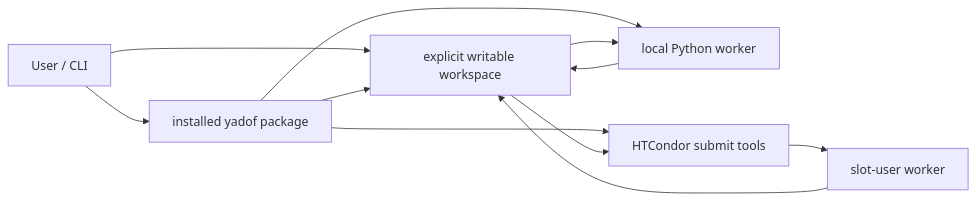
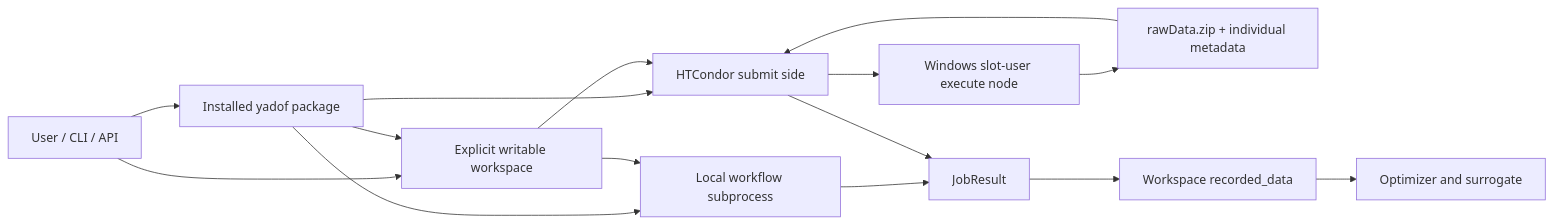
Before and after one commit to YS-Pan/yadof: the diagram in dev_doc/architecture/c4_container.md, drawn with Mermaid. The commit also changed other lines of this file and 68 other files, not shown here.

````diff
--- a/dev_doc/architecture/c4_container.md
+++ b/dev_doc/architecture/c4_container.md
@@ -3,13 +3,17 @@
 ```mermaid
 flowchart LR
-    User["User / CLI"] --> Package["installed yadof package"]
-    User --> Workspace["explicit writable workspace"]
+    User["User / CLI / API"] --> Package["Installed yadof package"]
+    User --> Workspace["Explicit writable workspace"]
     Package --> Workspace
-    Package --> Local["local Python worker"]
-    Package --> Condor["HTCondor submit tools"]
-    Condor --> Worker["slot-user worker"]
+    Package --> Local["Local workflow subprocess"]
+    Package --> Schedd["HTCondor submit side"]
+    Schedd --> Worker["Windows slot-user execute node"]
     Workspace --> Local
-    Workspace --> Condor
-    Local --> Workspace
-    Worker --> Workspace
+    Workspace --> Schedd
+    Local --> Result["JobResult"]
+    Worker --> Zip["rawData.zip + individual metadata"]
+    Zip --> Schedd
+    Schedd --> Result
+    Result --> Records["Workspace recorded_data"]
+    Records --> Optimizer["Optimizer and surrogate"]
 ```
````
